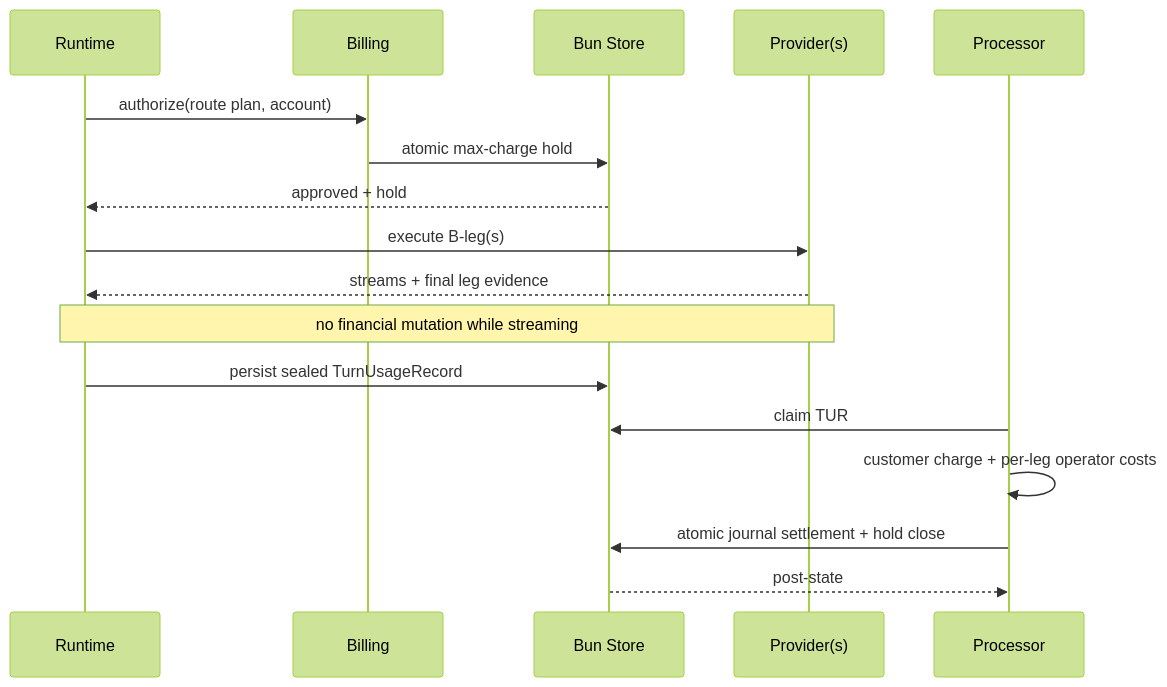
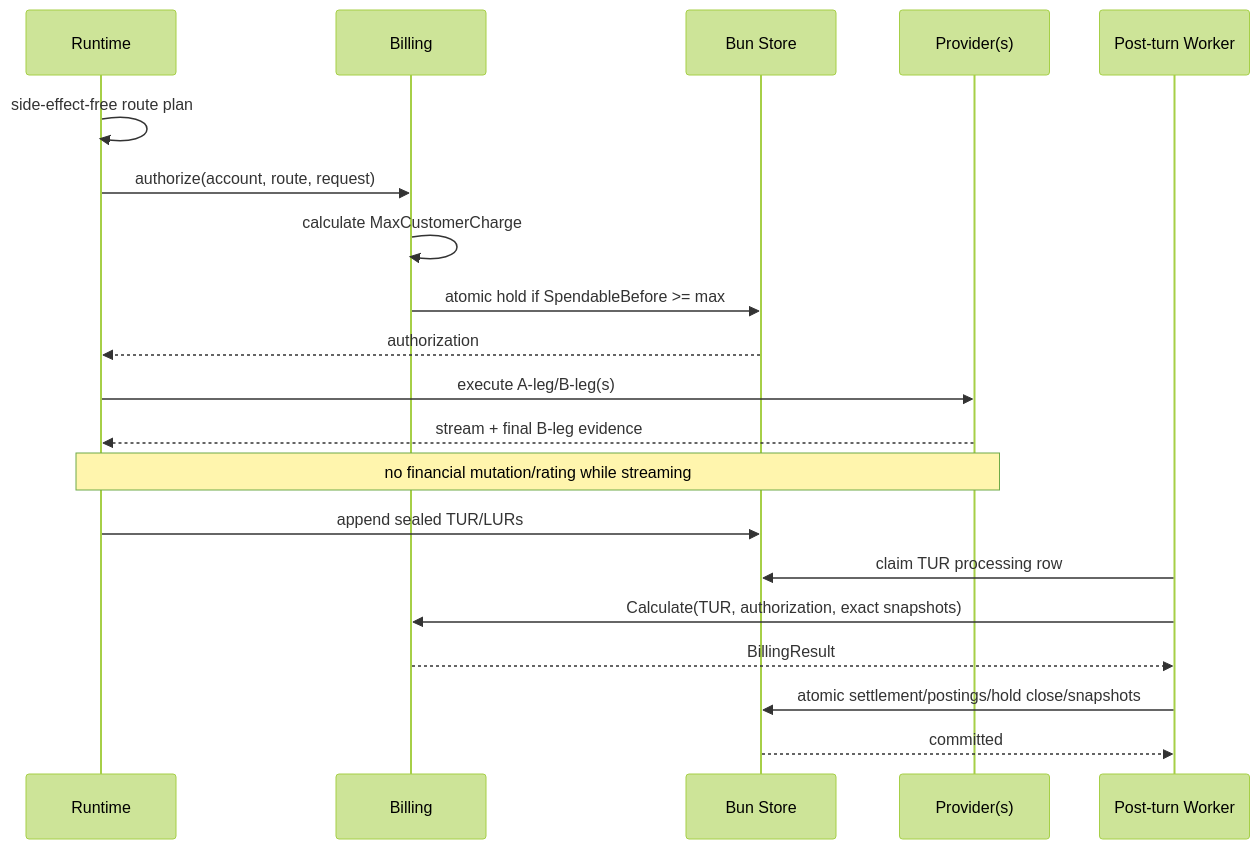
Before and after one commit to matdev83/go-llm-interactive-proxy: the fourth of 6 diagrams in .kiro/specs/usage-record-ledger-billing/design.md, drawn with Mermaid (forest theme). The commit also changed other lines of this file, not shown here.

Commit message:
spec: clarify billing journal and replay design

````diff
--- a/.kiro/specs/usage-record-ledger-billing/design.md
+++ b/.kiro/specs/usage-record-ledger-billing/design.md
@@ -536,22 +557,25 @@
 ```mermaid
 sequenceDiagram
     participant R as Runtime
     participant B as Billing
-    participant DB as Bun Store
+    participant S as Bun Store
     participant P as Provider(s)
-    participant W as Processor
+    participant W as Post-turn Worker
 
-    R->>B: authorize(route plan, account)
-    B->>DB: atomic max-charge hold
-    DB-->>R: approved + hold
+    R->>R: side-effect-free route plan
+    R->>B: authorize(account, route, request)
+    B->>B: calculate MaxCustomerCharge
+    B->>S: atomic hold if SpendableBefore >= max
+    S-->>R: authorization
 
-    R->>P: execute B-leg(s)
-    P-->>R: streams + final leg evidence
-    Note over R,P: no financial mutation while streaming
-    R->>DB: persist sealed TurnUsageRecord
+    R->>P: execute A-leg/B-leg(s)
+    P-->>R: stream + final B-leg evidence
+    Note over R,P: no financial mutation/rating while streaming
 
-    W->>DB: claim TUR
-    W->>W: customer charge + per-leg operator costs
-    W->>DB: atomic journal settlement + hold close
-    DB-->>W: post-state
+    R->>S: append sealed TUR/LURs
+    W->>S: claim TUR processing row
+    W->>B: Calculate(TUR, authorization, exact snapshots)
+    B-->>W: BillingResult
+    W->>S: atomic settlement/postings/hold close/snapshots
+    S-->>W: committed
 ```
````
